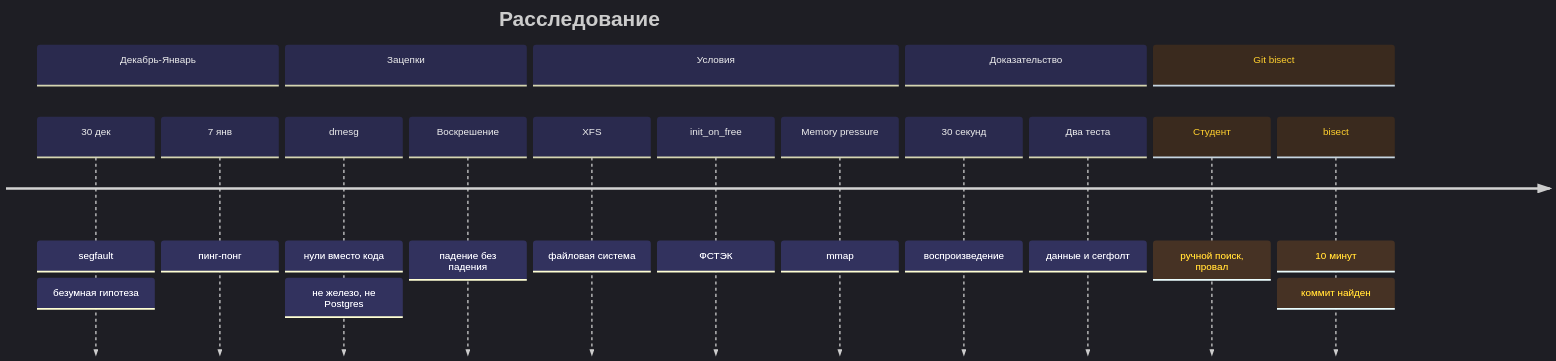
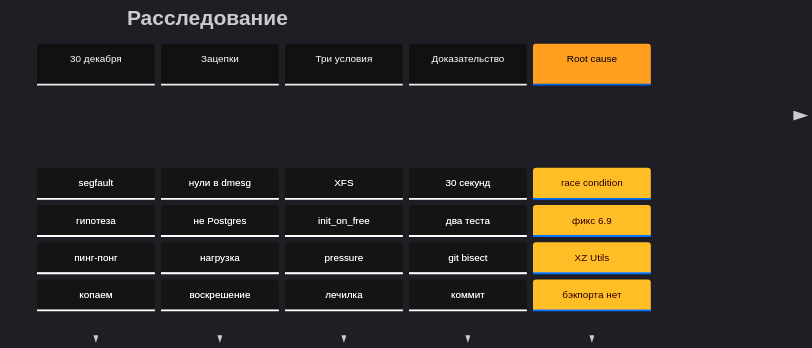
The diagram in docs/diagrams/timeline-5.mmd (polarnik/postgresql-system-issue-story), drawn with Mermaid before and after one commit. The commit also changed 39 other files, not shown here.

```diff
--- a/docs/diagrams/timeline-5.mmd
+++ b/docs/diagrams/timeline-5.mmd
@@ -1,45 +1,68 @@
 %%{init: { 'theme': 'dark', 'themeVariables': {
-    'cScale0': '#2a2a4e',
-    'cScale1': '#2a2a4e',
-    'cScale2': '#2a2a4e',
-    'cScale3': '#2a2a4e',
-    'cScale4': '#3a2a1e',
-    'cScaleLabel0': '#eee',
-    'cScaleLabel1': '#eee',
-    'cScaleLabel2': '#eee',
-    'cScaleLabel3': '#eee',
-    'cScaleLabel4': '#FFD02F'
+    'fontFamily': 'Roboto, sans-serif',
+    'lineColor': '#333',
+    'cScale0': '#111111',
+    'cScale1': '#111111',
+    'cScale2': '#111111',
+    'cScale3': '#111111',
+    'cScale4': '#ff9e1f',
+    'cScale5': 'transparent',
+    'cScale6': 'transparent',
+    'cScale7': 'transparent',
+    'cScale8': 'transparent',
+    'cScale9': 'transparent',
+    'cScale10': 'transparent',
+    'cScale11': 'transparent',
+    'cScaleLabel0': '#fff',
+    'cScaleLabel1': '#fff',
+    'cScaleLabel2': '#fff',
+    'cScaleLabel3': '#fff',
+    'cScaleLabel4': '#000',
+    'cScaleLabel5': 'transparent',
+    'cScaleLabel6': 'transparent',
+    'cScaleLabel7': 'transparent',
+    'cScaleLabel8': 'transparent',
+    'cScaleLabel9': 'transparent',
+    'cScaleLabel10': 'transparent',
+    'cScaleLabel11': 'transparent',
+    'cScalePeer1': '#333',
+    'cScalePeer2': '#333',
+    'cScalePeer3': '#333',
+    'cScalePeer4': '#333',
+    'cScalePeer5': '#cc7e19',
+    'cScalePeer6': 'transparent',
+    'cScalePeer7': 'transparent',
+    'cScalePeer8': 'transparent',
+    'cScalePeer9': 'transparent',
+    'cScalePeer10': 'transparent',
+    'cScalePeer11': 'transparent',
+    'cScalePeer12': 'transparent'
 }}}%%
 
 timeline
     title Расследование
-    section Декабрь-Январь
-        30 дек
-            : segfault
-            : безумная гипотеза
-        7 янв
-            : пинг-понг
-    section Зацепки
-        dmesg
-            : нули вместо кода
-            : не железо, не Postgres
-        Воскрешение
-            : падение без падения
-    section Условия
-        XFS
-            : файловая система
-        init_on_free
-            : ФСТЭК
-        Memory pressure
-            : mmap
-    section Доказательство
-        30 секунд
-            : воспроизведение
-        Два теста
-            : данные и сегфолт
-    section Git bisect
-        Студент
-            : ручной поиск, провал
-        bisect
-            : 10 минут
-            : коммит найден
+    30 декабря
+        : segfault
+        : гипотеза
+        : пинг-понг
+        : копаем
+    Зацепки
+        : нули в dmesg
+        : не Postgres
+        : нагрузка
+        : воскрешение
+    Три условия
+        : XFS
+        : init_on_free
+        : pressure
+        : лечилка
+    Доказательство
+        : 30 секунд
+        : два теста
+        : git bisect
+        : коммит
+    Root cause
+        : race condition
+        : фикс 6.9
+        : XZ Utils
+        : бэкпорта нет
```
